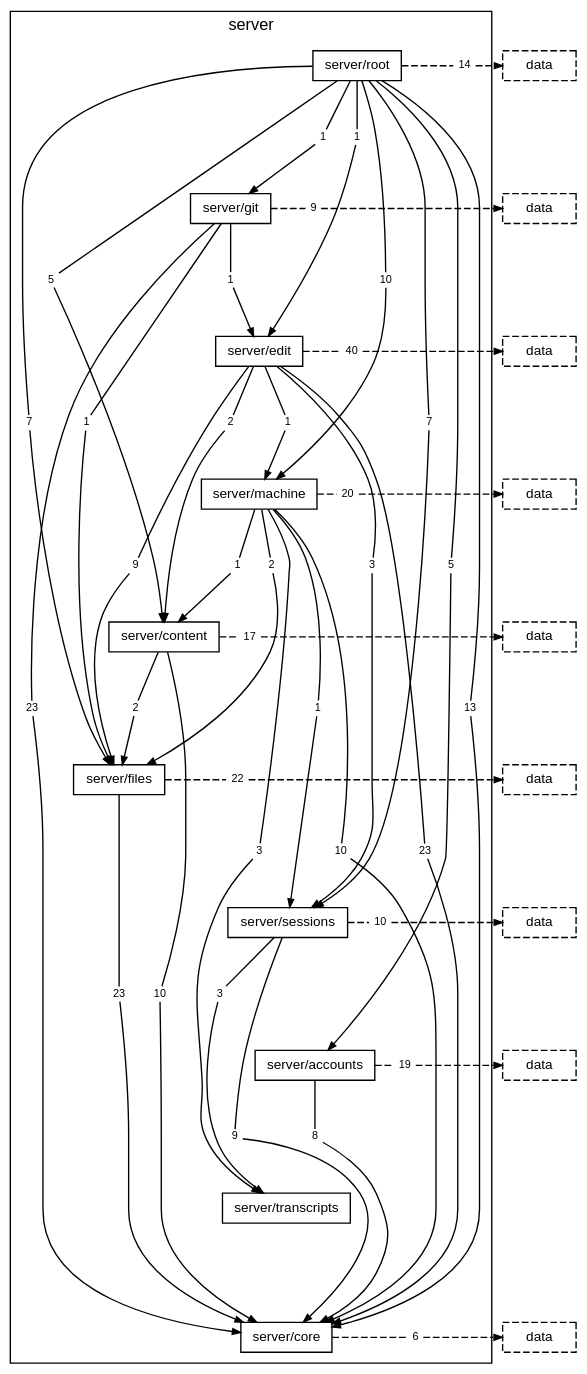
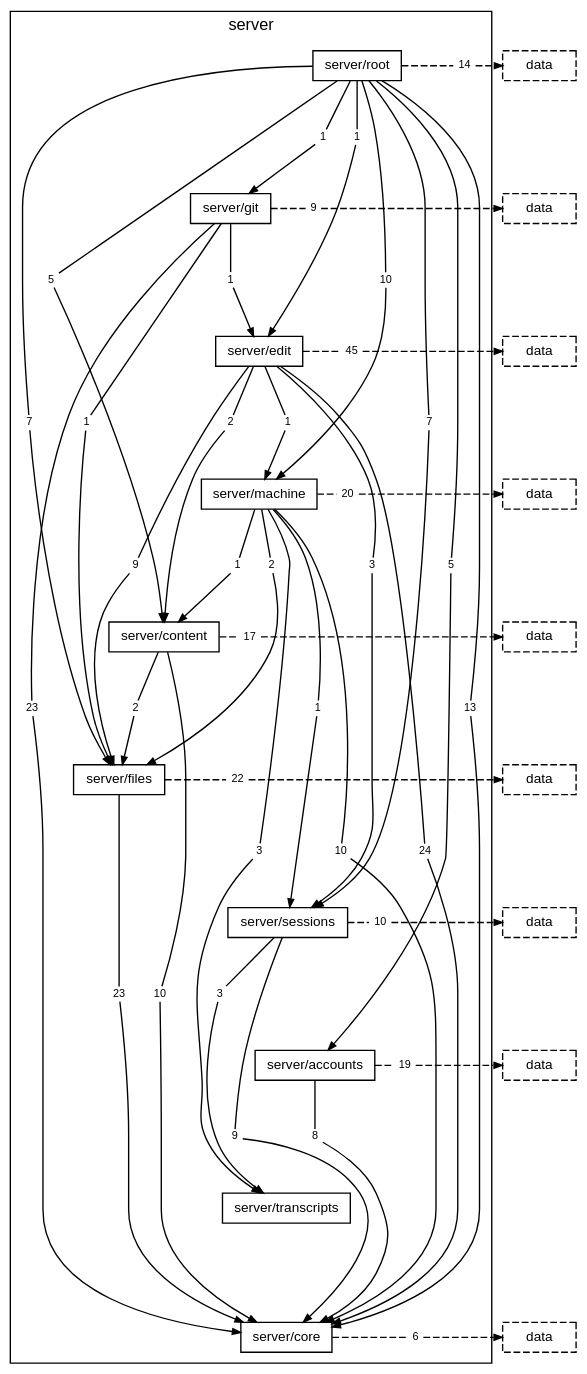
The diagram in docs/diagrams/layer-server.dot (TheAxeC/oculus), drawn with Graphviz before and after one commit. The commit also changed 136 other files, not shown here.

```diff
--- a/docs/diagrams/layer-server.dot
+++ b/docs/diagrams/layer-server.dot
@@ -28,11 +28,11 @@
         "folder server/git to folder server/files" [label="1", shape=box, color="transparent", fontsize=8, width=0, height=0, margin="0.04,0.02"];
         "folder server/git to layer data" [label="9", shape=box, color="transparent", fontsize=8, width=0, height=0, margin="0.04,0.02"];
         "folder server/edit to folder server/content" [label="2", shape=box, color="transparent", fontsize=8, width=0, height=0, margin="0.04,0.02"];
-        "folder server/edit to folder server/core" [label="23", shape=box, color="transparent", fontsize=8, width=0, height=0, margin="0.04,0.02"];
+        "folder server/edit to folder server/core" [label="24", shape=box, color="transparent", fontsize=8, width=0, height=0, margin="0.04,0.02"];
         "folder server/edit to folder server/files" [label="9", shape=box, color="transparent", fontsize=8, width=0, height=0, margin="0.04,0.02"];
         "folder server/edit to folder server/machine" [label="1", shape=box, color="transparent", fontsize=8, width=0, height=0, margin="0.04,0.02"];
         "folder server/edit to folder server/sessions" [label="3", shape=box, color="transparent", fontsize=8, width=0, height=0, margin="0.04,0.02"];
-        "folder server/edit to layer data" [label="40", shape=box, color="transparent", fontsize=8, width=0, height=0, margin="0.04,0.02"];
+        "folder server/edit to layer data" [label="45", shape=box, color="transparent", fontsize=8, width=0, height=0, margin="0.04,0.02"];
         "folder server/machine to folder server/content" [label="1", shape=box, color="transparent", fontsize=8, width=0, height=0, margin="0.04,0.02"];
         "folder server/machine to folder server/core" [label="10", shape=box, color="transparent", fontsize=8, width=0, height=0, margin="0.04,0.02"];
         "folder server/machine to folder server/files" [label="2", shape=box, color="transparent", fontsize=8, width=0, height=0, margin="0.04,0.02"];
```
